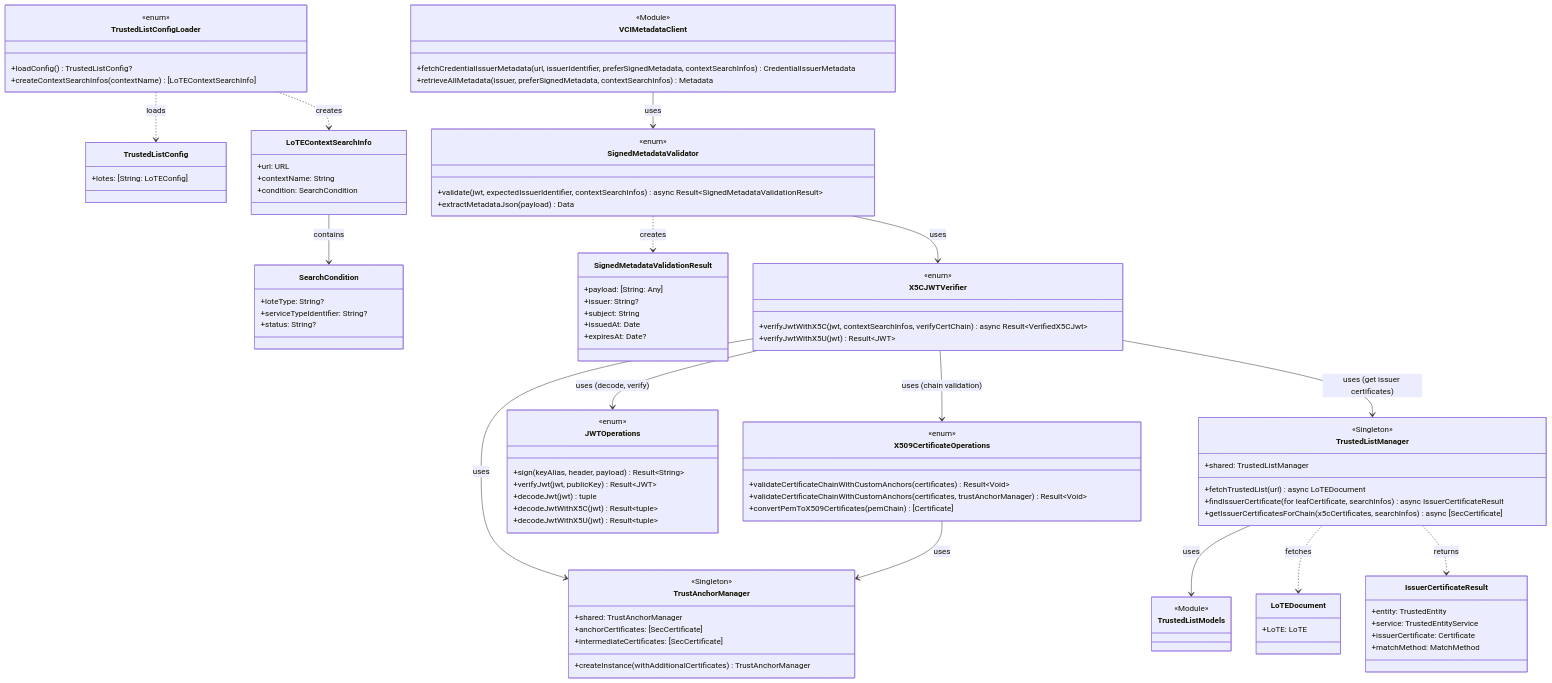
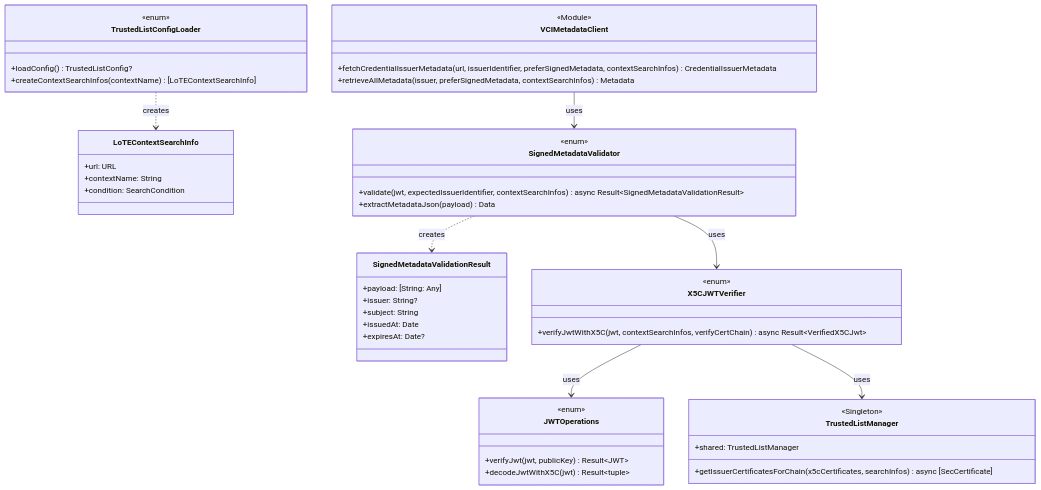
Before and after one commit to ryosuke-wakaba/OWND-Wallet-iOS: the first of 2 diagrams in docs/features/credential-issuance/metadata-verification.md, drawn with Mermaid. The commit also changed other lines of this file and 1 other file, not shown here.

First line of the commit message:
docs: Reorganize documentation to separate issuance and trust list concerns

````diff
--- a/docs/features/credential-issuance/metadata-verification.md
+++ b/docs/features/credential-issuance/metadata-verification.md
@@ -29,20 +30,10 @@
         +createContextSearchInfos(contextName) [LoTEContextSearchInfo]
     }
 
-    class TrustedListConfig {
-        +lotes: [String: LoTEConfig]
-    }
-
     class LoTEContextSearchInfo {
         +url: URL
         +contextName: String
         +condition: SearchCondition
-    }
-
-    class SearchCondition {
-        +loteType: String?
-        +serviceTypeIdentifier: String?
-        +status: String?
     }
 
     %% Metadata Layer
@@ -66,78 +57,32 @@
         +expiresAt: Date?
     }
 
-    %% Trust List Layer
+    %% Trust List Layer (詳細は x509-certificate-chain-validation.md 参照)
     class TrustedListManager {
         <<Singleton>>
         +shared: TrustedListManager
-        +fetchTrustedList(url) async LoTEDocument
-        +findIssuerCertificate(for leafCertificate, searchInfos) async IssuerCertificateResult
         +getIssuerCertificatesForChain(x5cCertificates, searchInfos) async [SecCertificate]
     }
 
-    class TrustedListModels {
-        <<Module>>
-    }
-
-    class LoTEDocument {
-        +LoTE: LoTE
-    }
-
-    class IssuerCertificateResult {
-        +entity: TrustedEntity
-        +service: TrustedEntityService
-        +issuerCertificate: Certificate
-        +matchMethod: MatchMethod
-    }
-
-    %% Certificate Validation Layer
-    class TrustAnchorManager {
-        <<Singleton>>
-        +shared: TrustAnchorManager
-        +anchorCertificates: [SecCertificate]
-        +intermediateCertificates: [SecCertificate]
-        +createInstance(withAdditionalCertificates) TrustAnchorManager
-    }
-
+    %% Certificate Validation Layer (詳細は x509-certificate-chain-validation.md 参照)
     class X5CJWTVerifier {
         <<enum>>
         +verifyJwtWithX5C(jwt, contextSearchInfos, verifyCertChain) async Result~VerifiedX5CJwt~
-        +verifyJwtWithX5U(jwt) Result~JWT~
     }
 
     class JWTOperations {
         <<enum>>
-        +sign(keyAlias, header, payload) Result~String~
         +verifyJwt(jwt, publicKey) Result~JWT~
-        +decodeJwt(jwt) tuple
         +decodeJwtWithX5C(jwt) Result~tuple~
-        +decodeJwtWithX5U(jwt) Result~tuple~
-    }
-
-    class X509CertificateOperations {
-        <<enum>>
-        +validateCertificateChainWithCustomAnchors(certificates) Result~Void~
-        +validateCertificateChainWithCustomAnchors(certificates, trustAnchorManager) Result~Void~
-        +convertPemToX509Certificates(pemChain) [Certificate]
     }
 
     %% Relationships
-    TrustedListConfigLoader ..> TrustedListConfig : loads
     TrustedListConfigLoader ..> LoTEContextSearchInfo : creates
-    LoTEContextSearchInfo --> SearchCondition : contains
 
     VCIMetadataClient --> SignedMetadataValidator : uses
     SignedMetadataValidator --> X5CJWTVerifier : uses
     SignedMetadataValidator ..> SignedMetadataValidationResult : creates
 
-    X5CJWTVerifier --> JWTOperations : uses (decode, verify)
-    X5CJWTVerifier --> X509CertificateOperations : uses (chain validation)
-    X5CJWTVerifier --> TrustAnchorManager : uses
-    X5CJWTVerifier --> TrustedListManager : uses (get issuer certificates)
-
-    X509CertificateOperations --> TrustAnchorManager : uses
-
-    TrustedListManager --> TrustedListModels : uses
-    TrustedListManager ..> LoTEDocument : fetches
-    TrustedListManager ..> IssuerCertificateResult : returns
+    X5CJWTVerifier --> JWTOperations : uses
+    X5CJWTVerifier --> TrustedListManager : uses
 ```
````
